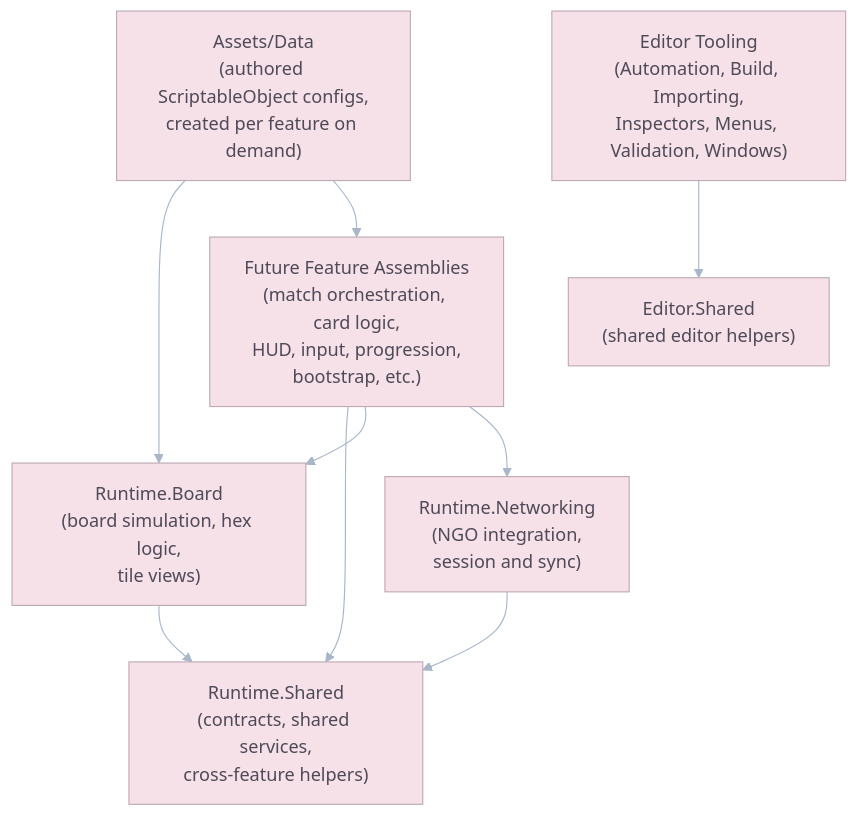
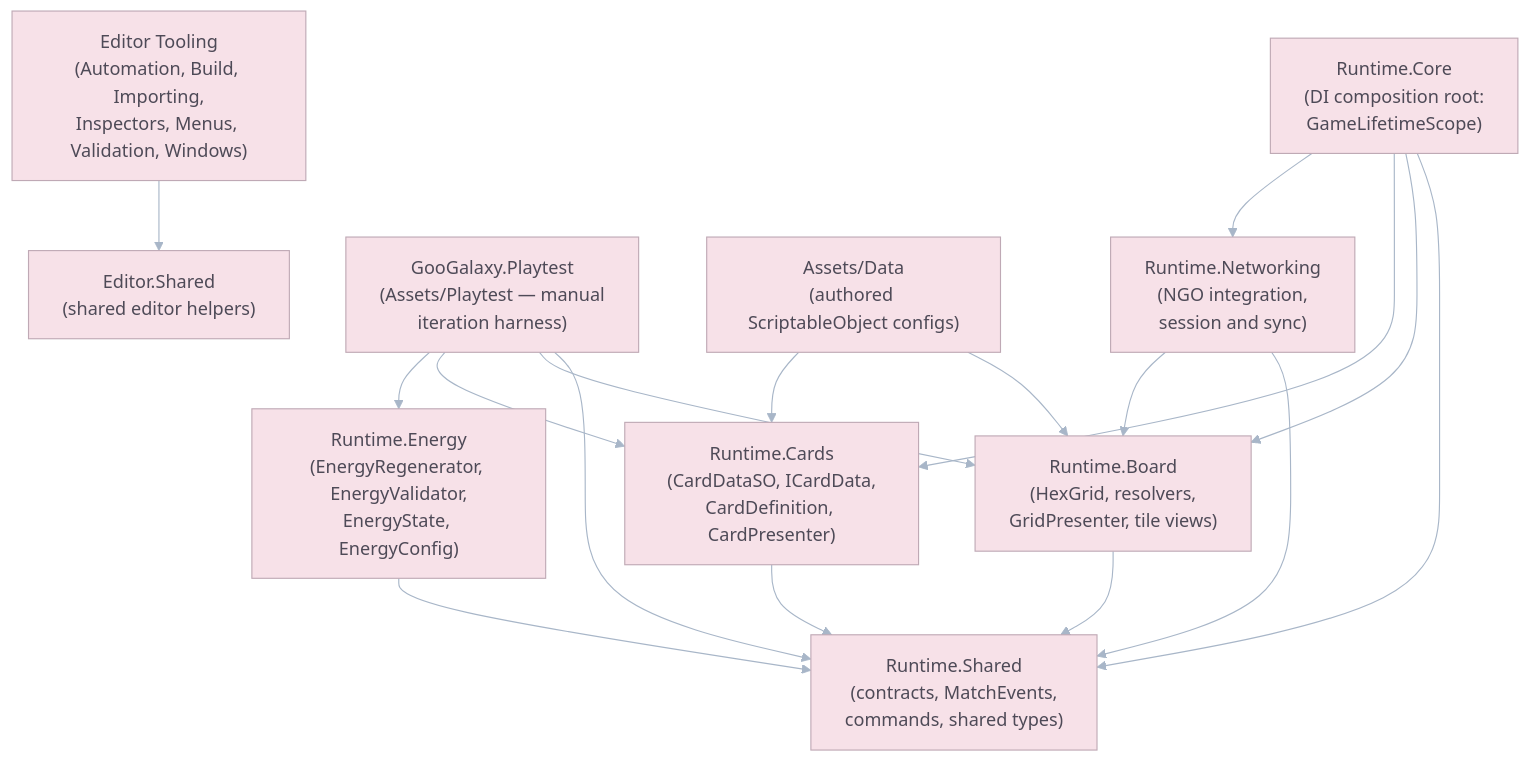
Before and after one commit to unknown-studios-code/goo-galaxy: the first of 6 diagrams in .docs/GDD/08_Technical_Architecture_and_Multiplayer.md, drawn with Mermaid. The commit also changed other lines of this file and 54 other files, not shown here.

First line of the commit message:
feat(cards): finish mvp roster and reconcile board rules with the gdd (#26)

````diff
--- a/.docs/GDD/08_Technical_Architecture_and_Multiplayer.md
+++ b/.docs/GDD/08_Technical_Architecture_and_Multiplayer.md
@@ -93,14 +109,22 @@
 ```mermaid
 %%{init: {"theme":"base","themeVariables":{"primaryColor":"#F7E1E8","secondaryColor":"#DCEBF7","tertiaryColor":"#E4F3E1","primaryBorderColor":"#BFA9B5","lineColor":"#A8B6C8","primaryTextColor":"#4E4A57","clusterBkg":"#FAF5EA","clusterBorder":"#CDBFAF","edgeLabelBackground":"#FFF9F2","noteBkgColor":"#F7F1FA","noteTextColor":"#4E4A57","taskBkgColor":"#DCEBF7","taskTextColor":"#4E4A57","taskTextOutsideColor":"#4E4A57","sectionBkgColor":"#E4F3E1","sectionBorderColor":"#BCD0B9","gridColor":"#E8DDD3","todayLineColor":"#C7A7B5","actorBkg":"#F7E1E8","actorBorder":"#BFA9B5","actorTextColor":"#4E4A57","signalColor":"#A8B6C8","signalTextColor":"#4E4A57","labelBoxBkgColor":"#FFF9F2","labelBoxBorderColor":"#CDBFAF","labelTextColor":"#4E4A57"}}}%%
 graph TD
-    SHARED["Runtime.Shared<br/>(contracts, shared services,<br/>cross-feature helpers)"]
-    BOARD["Runtime.Board<br/>(board simulation, hex logic,<br/>tile views)"] --> SHARED
+    SHARED["Runtime.Shared<br/>(contracts, MatchEvents,<br/>commands, shared types)"]
+    BOARD["Runtime.Board<br/>(HexGrid, resolvers,<br/>GridPresenter, tile views)"] --> SHARED
+    CARDS["Runtime.Cards<br/>(CardDataSO, ICardData,<br/>CardDefinition, CardPresenter)"] --> SHARED
+    ENERGY["Runtime.Energy<br/>(EnergyRegenerator, EnergyValidator,<br/>EnergyState, EnergyConfig)"] --> SHARED
     NET["Runtime.Networking<br/>(NGO integration,<br/>session and sync)"] --> SHARED
-    FEATURE["Future Feature Assemblies<br/>(match orchestration, card logic,<br/>HUD, input, progression,<br/>bootstrap, etc.)"] --> SHARED
-    FEATURE --> BOARD
-    FEATURE --> NET
-    DATA["Assets/Data<br/>(authored ScriptableObject configs,<br/>created per feature on demand)"] --> BOARD
-    DATA --> FEATURE
+    NET --> BOARD
+    CORE["Runtime.Core<br/>(DI composition root:<br/>GameLifetimeScope)"] --> SHARED
+    CORE --> BOARD
+    CORE --> CARDS
+    CORE --> NET
+    PLAYTEST["GooGalaxy.Playtest<br/>(Assets/Playtest — manual<br/>iteration harness)"] --> SHARED
+    PLAYTEST --> BOARD
+    PLAYTEST --> CARDS
+    PLAYTEST --> ENERGY
+    DATA["Assets/Data<br/>(authored ScriptableObject configs)"] --> BOARD
+    DATA --> CARDS
     ESHARED["Editor.Shared<br/>(shared editor helpers)"]
     ETOOLS["Editor Tooling<br/>(Automation, Build, Importing,<br/>Inspectors, Menus, Validation, Windows)"] --> ESHARED
 ```
````
